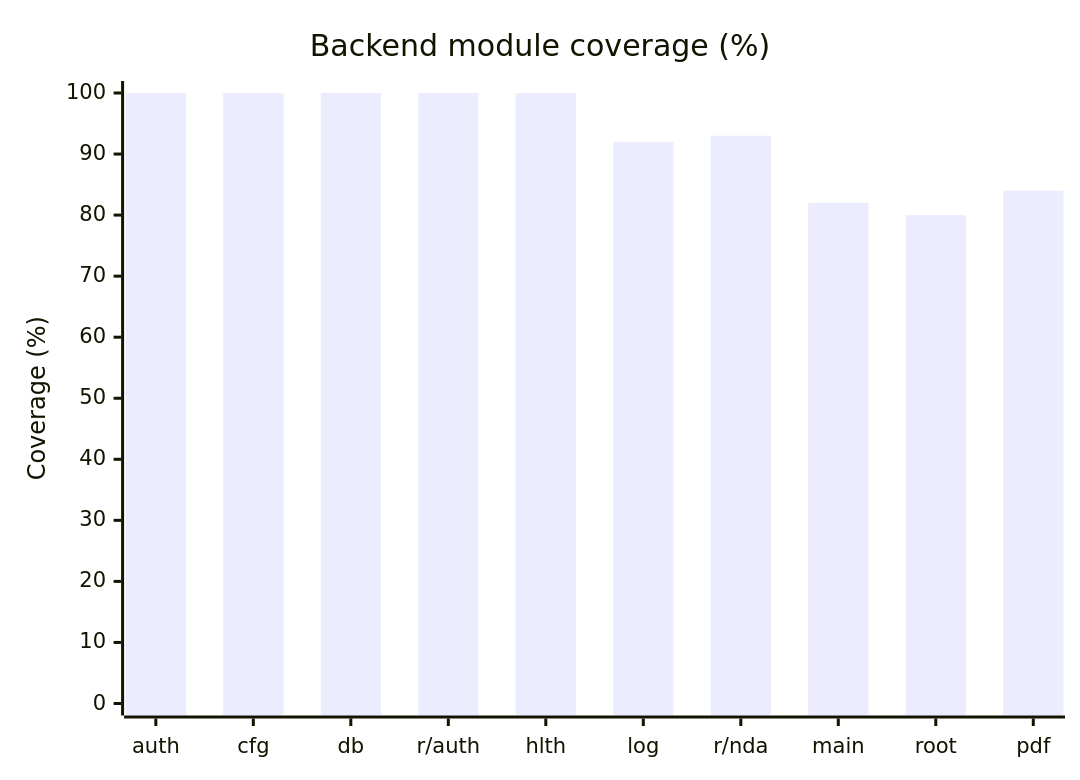
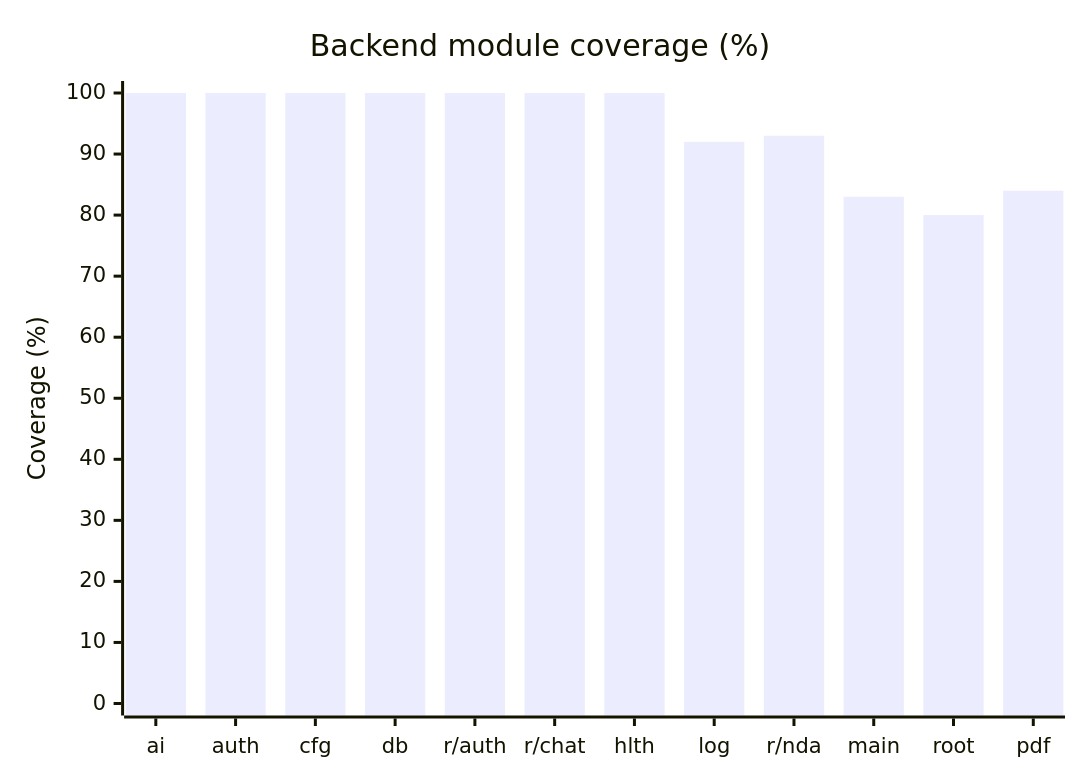
The second of 6 diagrams in docs/test-coverage-report.md (shaynemeyer/prelegal), drawn with Mermaid before and after one commit. The commit also changed other lines of this file and 14 other files, not shown here.

First line of the commit message:
feat(PL-5): add AI chat tab for Mutual NDA drafting (#6)

````diff
--- a/docs/test-coverage-report.md
+++ b/docs/test-coverage-report.md
@@ -51,7 +55,7 @@
 ```mermaid
 xychart-beta
     title "Backend module coverage (%)"
-    x-axis ["auth", "cfg", "db", "r/auth", "hlth", "log", "r/nda", "main", "root", "pdf"]
+    x-axis ["ai", "auth", "cfg", "db", "r/auth", "r/chat", "hlth", "log", "r/nda", "main", "root", "pdf"]
     y-axis "Coverage (%)" 0 --> 100
-    bar [100, 100, 100, 100, 100, 92, 93, 82, 80, 84]
+    bar [100, 100, 100, 100, 100, 100, 100, 92, 93, 83, 80, 84]
 ```
````
